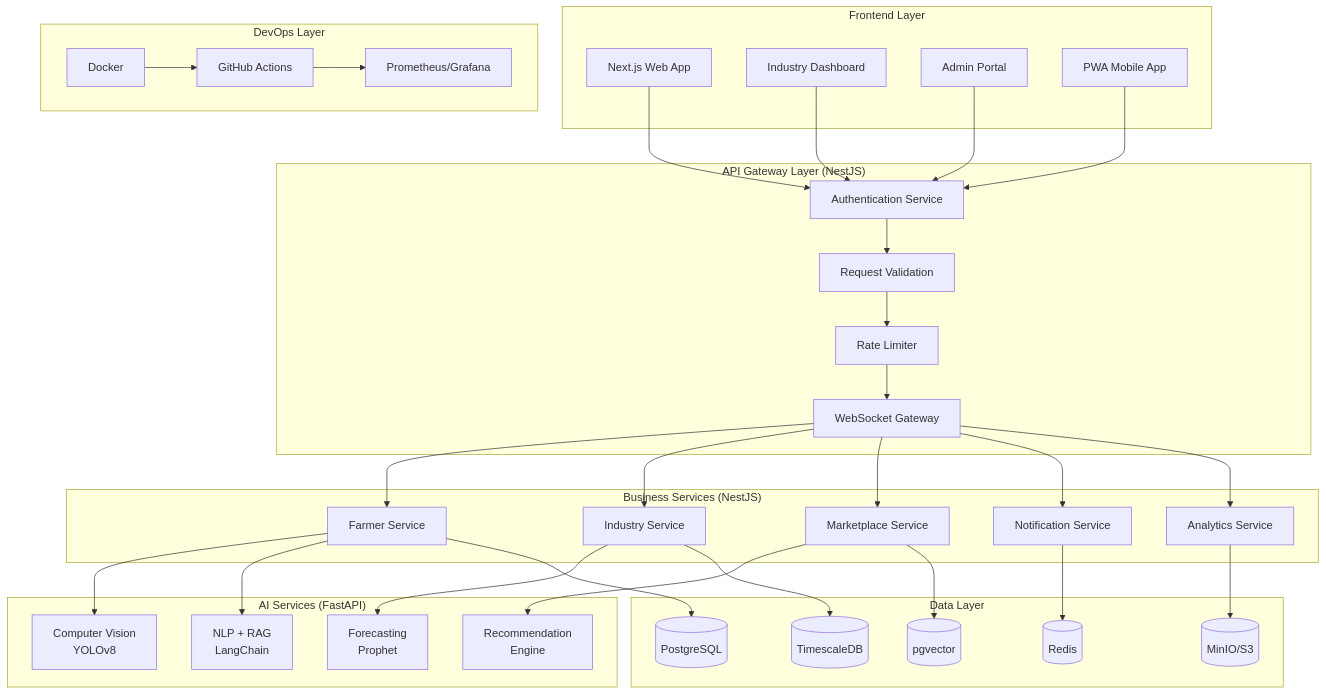
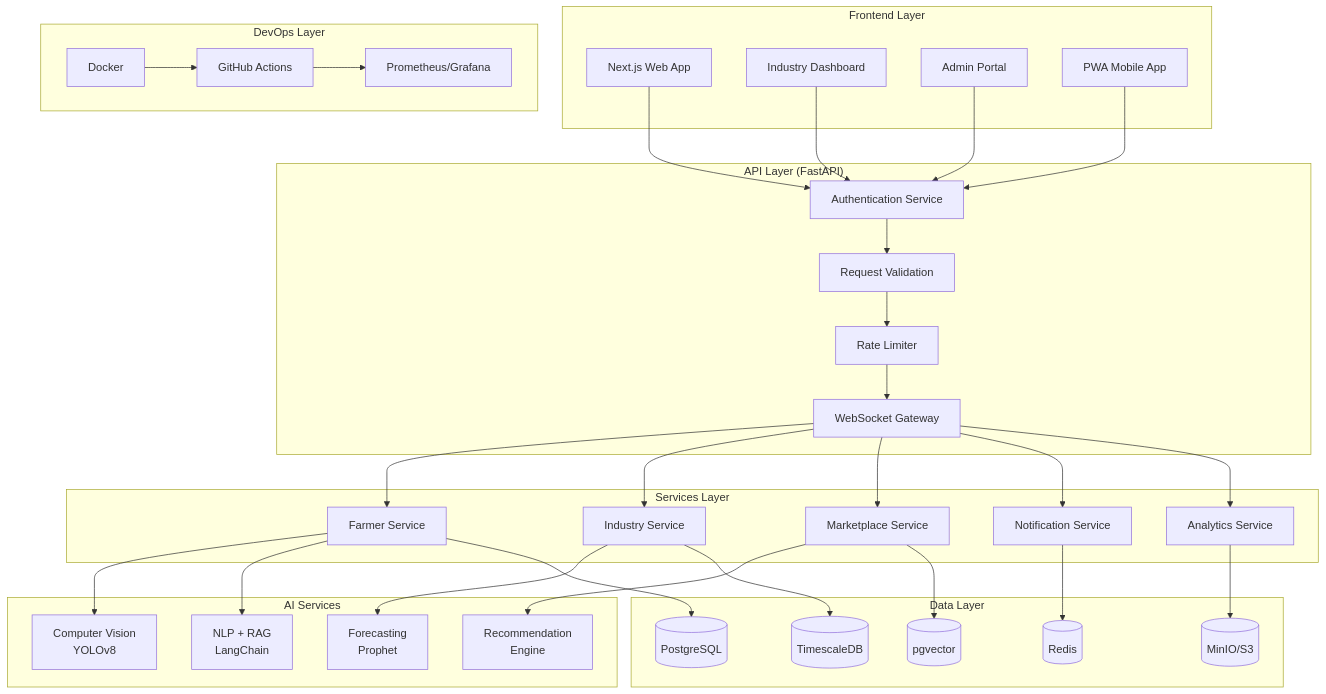
One commit to TsegayIS122123/agronexus-ai changed the third of 6 diagrams in README.md. Above: the diagram before and after it, drawn with Mermaid. The commit also changed other lines of this file and 10 other files, not shown here.

````diff
--- a/README.md
+++ b/README.md
@@ -174,74 +128,74 @@
 ```mermaid
 flowchart TB
     subgraph Frontend["Frontend Layer"]
         WEB["Next.js Web App"]
         DASH["Industry Dashboard"]
         ADMIN["Admin Portal"]
         MOBILE["PWA Mobile App"]
     end
 
-    subgraph Gateway["API Gateway Layer (NestJS)"]
+    subgraph API["API Layer (FastAPI)"]
         AUTH["Authentication Service"]
         RATE["Rate Limiter"]
         WS["WebSocket Gateway"]
         VALID["Request Validation"]
     end
 
-    subgraph Services["Business Services (NestJS)"]
+    subgraph Services["Services Layer"]
         FARM["Farmer Service"]
         INDUSTRY["Industry Service"]
         MARKET["Marketplace Service"]
         NOTIFY["Notification Service"]
         ANALYTICS["Analytics Service"]
     end
 
-    subgraph AI["AI Services (FastAPI)"]
+    subgraph AI["AI Services"]
         VISION["Computer Vision<br/>YOLOv8"]
         NLP["NLP + RAG<br/>LangChain"]
         FORECAST["Forecasting<br/>Prophet"]
         REC["Recommendation<br/>Engine"]
     end
 
     subgraph Data["Data Layer"]
         PG[(PostgreSQL)]
         TS[(TimescaleDB)]
         VEC[(pgvector)]
         CACHE[(Redis)]
         S3[(MinIO/S3)]
     end
 
     subgraph DevOps["DevOps Layer"]
         DOCKER["Docker"]
         CI["GitHub Actions"]
         MONITOR["Prometheus/Grafana"]
     end
 
     WEB --> AUTH
     DASH --> AUTH
     ADMIN --> AUTH
     MOBILE --> AUTH
     
     AUTH --> VALID
     VALID --> RATE
     RATE --> WS
     
     WS --> FARM
     WS --> INDUSTRY
     WS --> MARKET
     WS --> NOTIFY
     WS --> ANALYTICS
     
     FARM --> VISION
     FARM --> NLP
     INDUSTRY --> FORECAST
     MARKET --> REC
     
     FARM --> PG
     INDUSTRY --> TS
     MARKET --> VEC
     NOTIFY --> CACHE
     ANALYTICS --> S3
     
     DOCKER --> CI
     CI --> MONITOR
 ```
````
